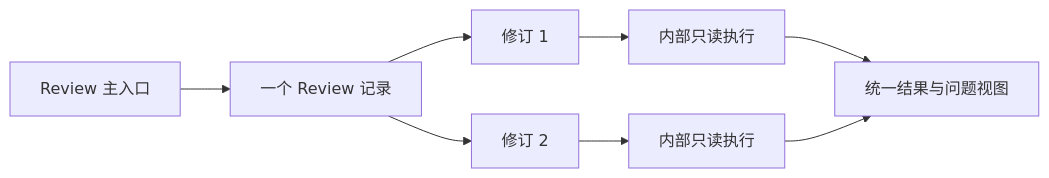
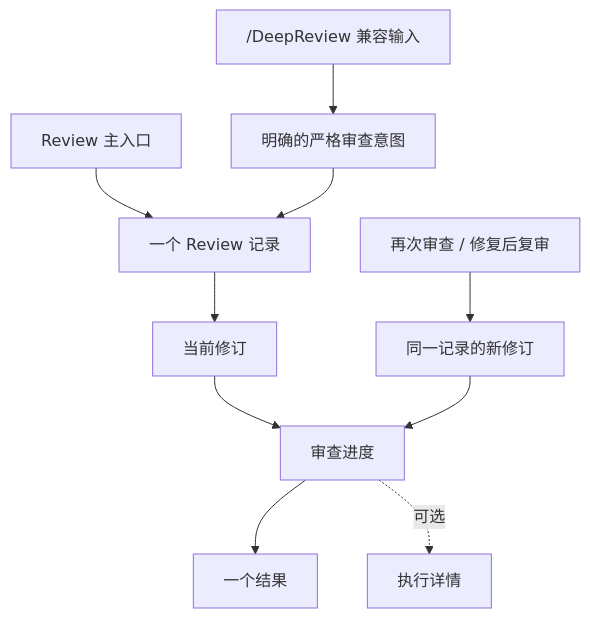
Before and after one commit to 1688mengdie/BitFun: the diagram in docs/sdlc-harness/product-requirements-agent-workflow-adjustment.md, drawn with Mermaid. The commit also changed other lines of this file and 6 other files, not shown here.

````diff
--- a/docs/sdlc-harness/product-requirements-agent-workflow-adjustment.md
+++ b/docs/sdlc-harness/product-requirements-agent-workflow-adjustment.md
@@ -264,10 +266,12 @@
 ```mermaid
-flowchart LR
+flowchart TD
     Entry["Review 主入口"] --> Record["一个 Review 记录"]
-    Record --> R1["修订 1"]
-    Record --> R2["修订 2"]
-    R1 --> Child1["内部只读执行"]
-    R2 --> Child2["内部只读执行"]
-    Child1 --> Result["统一结果与问题视图"]
-    Child2 --> Result
+    Legacy["/DeepReview 兼容输入"] --> Strict["明确的严格审查意图"]
+    Strict --> Record
+    Record --> Revision["当前修订"]
+    Revision --> Progress["审查进度"]
+    Progress --> Result["一个结果"]
+    Again["再次审查 / 修复后复审"] --> Next["同一记录的新修订"]
+    Next --> Progress
+    Progress -. "可选" .-> Detail["执行详情"]
 ```
````
